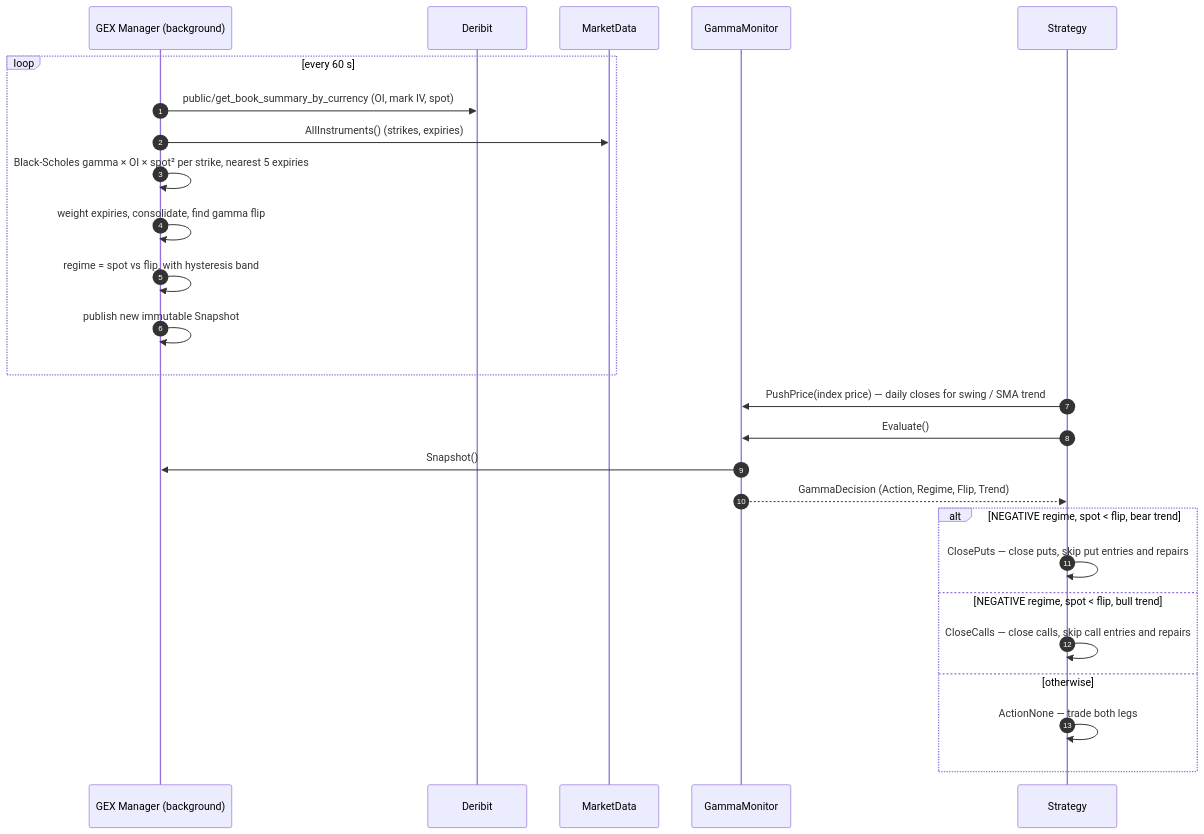
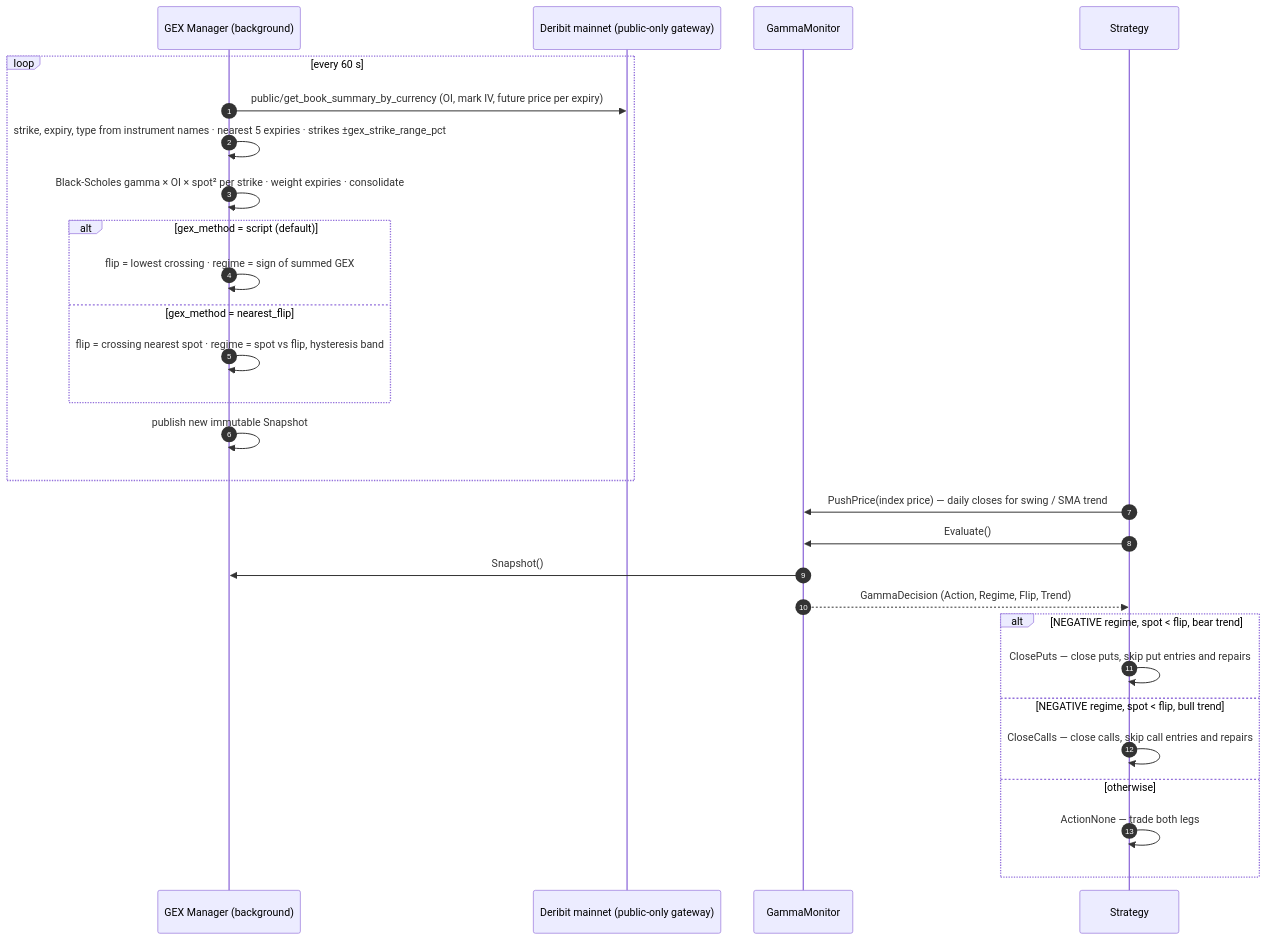
Before and after one commit to rchau73/optionsBot: the diagram in docs/seq_gex.mmd, drawn with Mermaid. The commit also changed 20 other files, not shown here.

```diff
--- a/docs/seq_gex.mmd
+++ b/docs/seq_gex.mmd
@@ -1,28 +1,30 @@
 sequenceDiagram
     autonumber
     participant G as GEX Manager (background)
-    participant D as Deribit
-    participant MD as MarketData
+    participant D as Deribit mainnet (public-only gateway)
     participant GM as GammaMonitor
     participant S as Strategy
 
     loop every 60 s
-        G->>D: public/get_book_summary_by_currency (OI, mark IV, spot)
-        G->>MD: AllInstruments() (strikes, expiries)
-        G->>G: Black-Scholes gamma × OI × spot² per strike, nearest 5 expiries
-        G->>G: weight expiries, consolidate, find gamma flip
-        G->>G: regime = spot vs flip, with hysteresis band
+        G->>D: public/get_book_summary_by_currency (OI, mark IV, future price per expiry)
+        G->>G: strike, expiry, type from instrument names · nearest 5 expiries · strikes ±gex_strike_range_pct
+        G->>G: Black-Scholes gamma × OI × spot² per strike · weight expiries · consolidate
+        alt gex_method = script (default)
+            G->>G: flip = lowest crossing · regime = sign of summed GEX
+        else gex_method = nearest_flip
+            G->>G: flip = crossing nearest spot · regime = spot vs flip, hysteresis band
+        end
         G->>G: publish new immutable Snapshot
     end
 
     S->>GM: PushPrice(index price) — daily closes for swing / SMA trend
     S->>GM: Evaluate()
     GM->>G: Snapshot()
     GM-->>S: GammaDecision (Action, Regime, Flip, Trend)
     alt NEGATIVE regime, spot < flip, bear trend
         S->>S: ClosePuts — close puts, skip put entries and repairs
     else NEGATIVE regime, spot < flip, bull trend
         S->>S: CloseCalls — close calls, skip call entries and repairs
     else otherwise
         S->>S: ActionNone — trade both legs
     end
```
